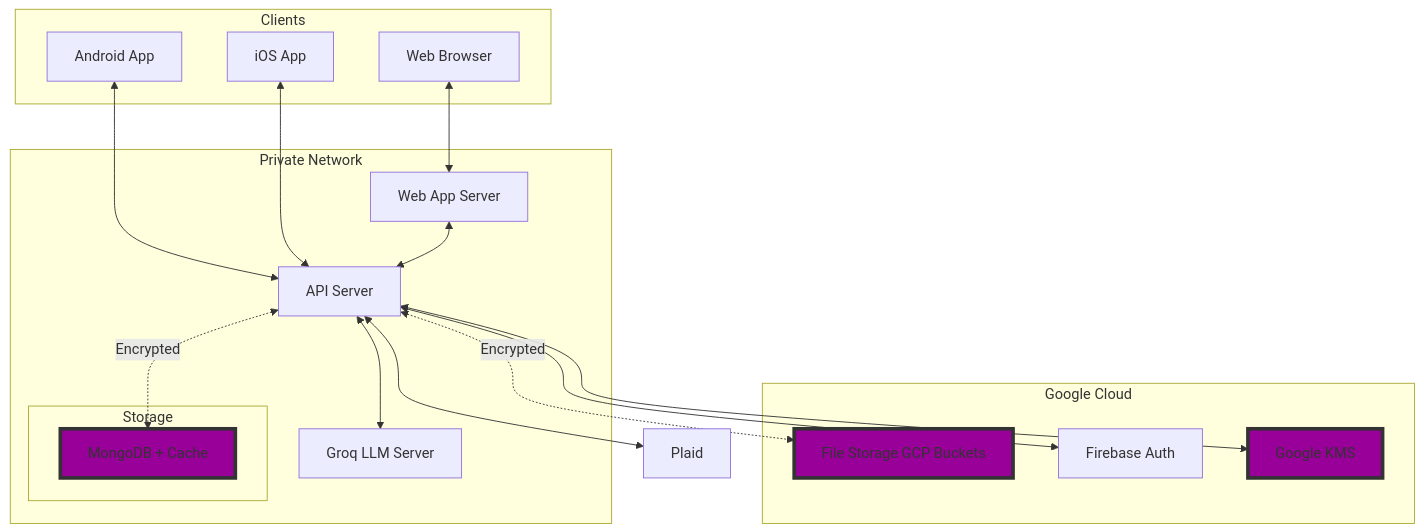
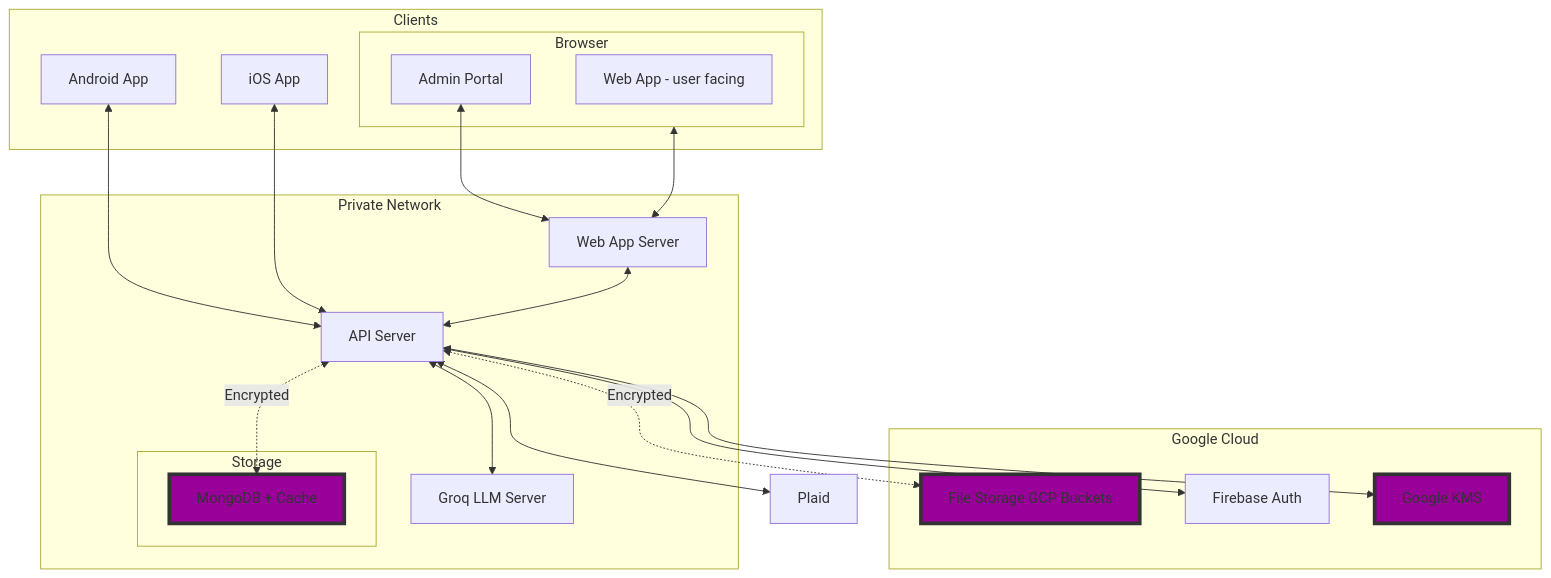
One commit to mtravers1/zen-backend changed the diagram in Zentavos Architecture.md. Above: the diagram before and after it, drawn with Mermaid. The commit also changed other lines of this file, not shown here.

Commit message:
update architecture diagram to separate web app and admin portal

````diff
--- a/Zentavos Architecture.md
+++ b/Zentavos Architecture.md
@@ -5,43 +5,47 @@
 ```mermaid
 graph TD
     subgraph Clients
         android[Android App]
         ios[iOS App]
-        web_browser[Web Browser]
+        subgraph Browser
+            web_app[Web App - user facing]
+            admin_portal[Admin Portal]
+        end
     end
 
 	plaid[Plaid]
 
     subgraph Private Network
         api_server[API Server]
         web_app_server[Web App Server]
 
 		llm_server[Groq LLM Server]
 
 		subgraph Storage
 			mongodb[MongoDB + Cache]
 		end
 
 	end
 
     subgraph Google Cloud
         file_storage[File Storage GCP Buckets]
         firebase_auth[Firebase Auth]
         google_kms[Google KMS]
     end
 
     android <--> api_server
     ios <--> api_server
-    web_browser <--> web_app_server
+    Browser <--> web_app_server
+    admin_portal <--> web_app_server
     web_app_server <--> api_server
     api_server <-.->|Encrypted| mongodb
     api_server <-.->|Encrypted| file_storage
     api_server <--> firebase_auth
     api_server <--> google_kms
     api_server <--> llm_server
     api_server <--> plaid
 
     style mongodb fill:#909,stroke:#333,stroke-width:4px
     style file_storage fill:#909,stroke:#333,stroke-width:4px
     style google_kms fill:#909,stroke:#333,stroke-width:4px
 ```
````
